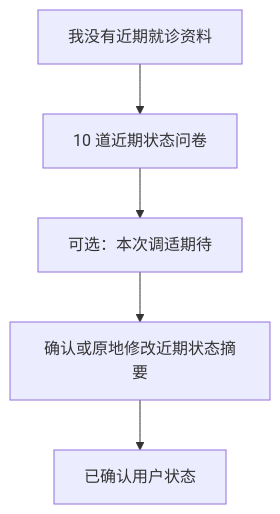
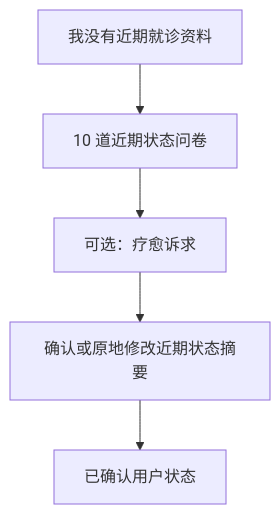
The third of 3 diagrams in docs/product/app-v3.1-provisional-owner-flow.md (chenjz111/HarmonyAI), drawn with Mermaid before and after one commit. The commit also changed other lines of this file and 2 other files, not shown here.

````diff
--- a/docs/product/app-v3.1-provisional-owner-flow.md
+++ b/docs/product/app-v3.1-provisional-owner-flow.md
@@ -99,7 +99,7 @@
 ```mermaid
 flowchart TD
     A[我没有近期就诊资料] --> B[10 道近期状态问卷]
-    B --> C[可选：本次调适期待]
+    B --> C[可选：疗愈诉求]
     C --> D[确认或原地修改近期状态摘要]
     D --> E[已确认用户状态]
 ```
````
